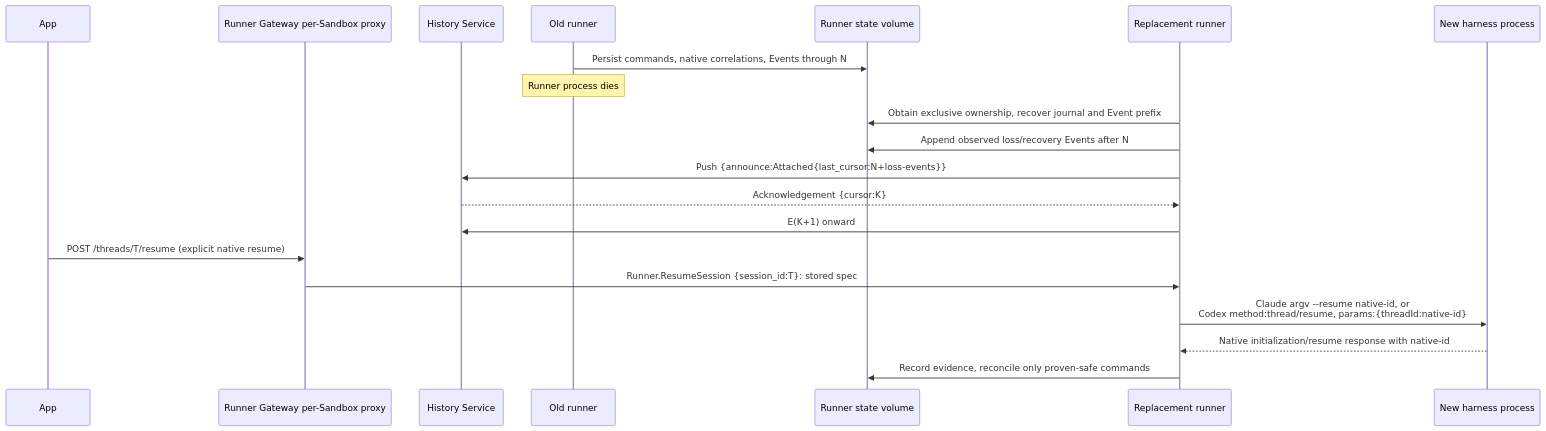
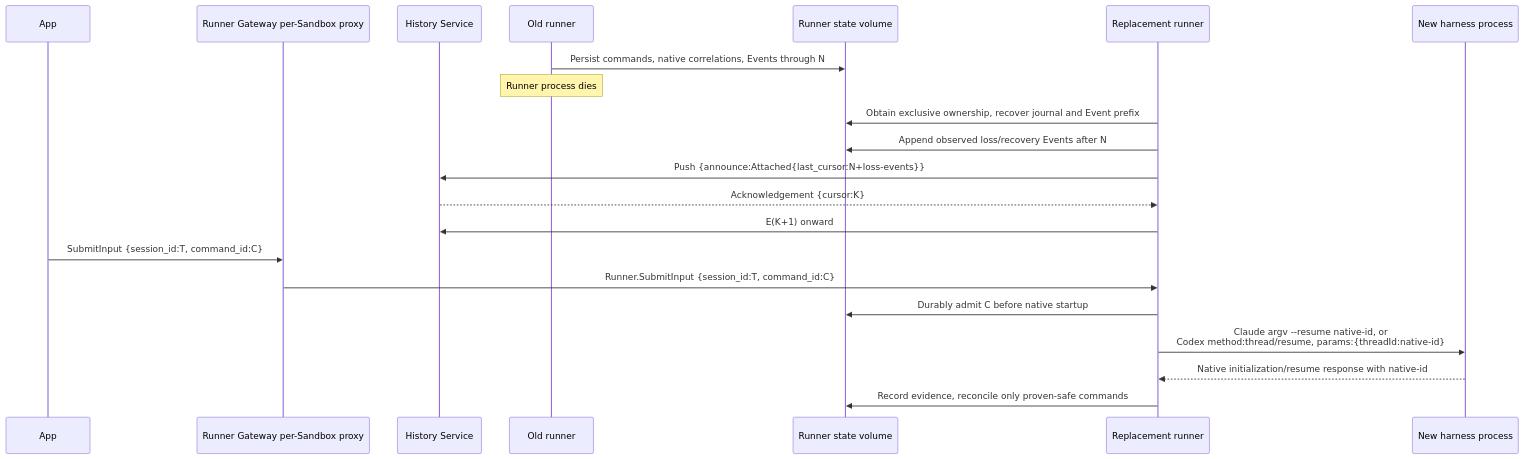
One commit to agentydragon-agent/ducktape changed the fifth of 5 diagrams in agentplane/docs/thread_layering.md. Above: the diagram before and after it, drawn with Mermaid. The commit also changed other lines of this file and 86 other files, not shown here.

First line of the commit message:
Make the runner own harness startup and reconciliation (#10950)

````diff
--- a/agentplane/docs/thread_layering.md
+++ b/agentplane/docs/thread_layering.md
@@ -444,22 +444,23 @@
 ```mermaid
 sequenceDiagram
     participant A as App
     participant G as Runner Gateway per-Sandbox proxy
     participant HS as History Service
     participant R1 as Old runner
     participant S as Runner state volume
     participant R2 as Replacement runner
     participant H as New harness process
     R1->>S: Persist commands, native correlations, Events through N
     Note over R1: Runner process dies
     R2->>S: Obtain exclusive ownership, recover journal and Event prefix
     R2->>S: Append observed loss/recovery Events after N
     R2->>HS: Push {announce:Attached{last_cursor:N+loss-events}}
     HS-->>R2: Acknowledgement {cursor:K}
     R2->>HS: E(K+1) onward
-    A->>G: POST /threads/T/resume (explicit native resume)
-    G->>R2: Runner.ResumeSession {session_id:T}: stored spec
+    A->>G: SubmitInput {session_id:T, command_id:C}
+    G->>R2: Runner.SubmitInput {session_id:T, command_id:C}
+    R2->>S: Durably admit C before native startup
     R2->>H: Claude argv --resume native-id, or<br/>Codex method:thread/resume, params:{threadId:native-id}
     H-->>R2: Native initialization/resume response with native-id
     R2->>S: Record evidence, reconcile only proven-safe commands
 ```
````
